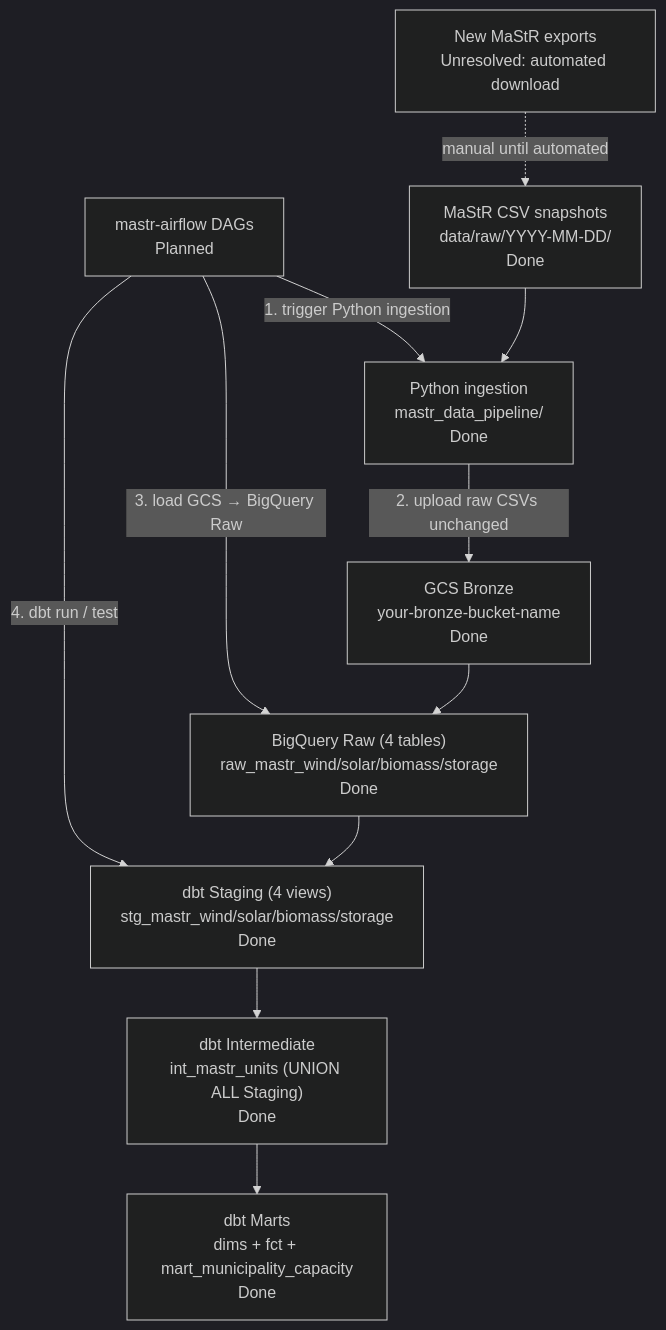
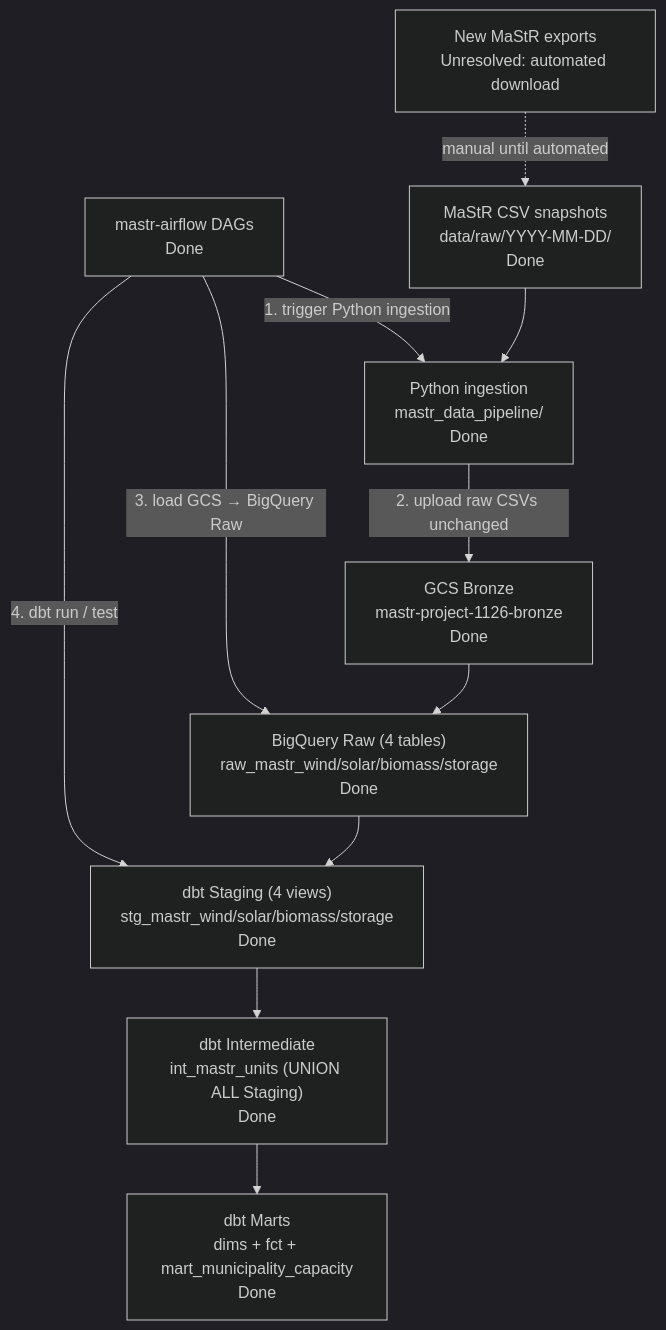
Before and after one commit to anyarlene/mastr-project: the diagram in mastr-data-pipeline/docs/architecture.md, drawn with Mermaid (dark theme). The commit also changed other lines of this file and 1 other file, not shown here.

Commit message:
docs: update MaStR architecture and remove legacy references

````diff
--- a/mastr-data-pipeline/docs/architecture.md
+++ b/mastr-data-pipeline/docs/architecture.md
@@ -32,27 +32,27 @@
 ```mermaid
 flowchart TB
   DL["New MaStR exports<br/>Unresolved: automated download"]
   CSV["MaStR CSV snapshots<br/>data/raw/YYYY-MM-DD/<br/>Done"]
 
-  AF["mastr-airflow DAGs<br/>Planned"]
+  AF["mastr-airflow DAGs<br/>Done"]
 
   PY["Python ingestion<br/>mastr_data_pipeline/<br/>Done"]
-  GCS["GCS Bronze<br/>your-bronze-bucket-name<br/>Done"]
+  GCS["GCS Bronze<br/>mastr-project-1126-bronze<br/>Done"]
 
   BQRaw["BigQuery Raw (4 tables)<br/>raw_mastr_wind/solar/biomass/storage<br/>Done"]
 
   STG["dbt Staging (4 views)<br/>stg_mastr_wind/solar/biomass/storage<br/>Done"]
   INT["dbt Intermediate<br/>int_mastr_units (UNION ALL Staging)<br/>Done"]
   MART["dbt Marts<br/>dims + fct + mart_municipality_capacity<br/>Done"]
 
   DL -.->|"manual until automated"| CSV
   AF -->|"1. trigger Python ingestion"| PY
   CSV --> PY
   PY -->|"2. upload raw CSVs unchanged"| GCS
   AF -->|"3. load GCS → BigQuery Raw"| BQRaw
   GCS --> BQRaw
   AF -->|"4. dbt run / test"| STG
   BQRaw --> STG
   STG --> INT
   INT --> MART
 ```
````
